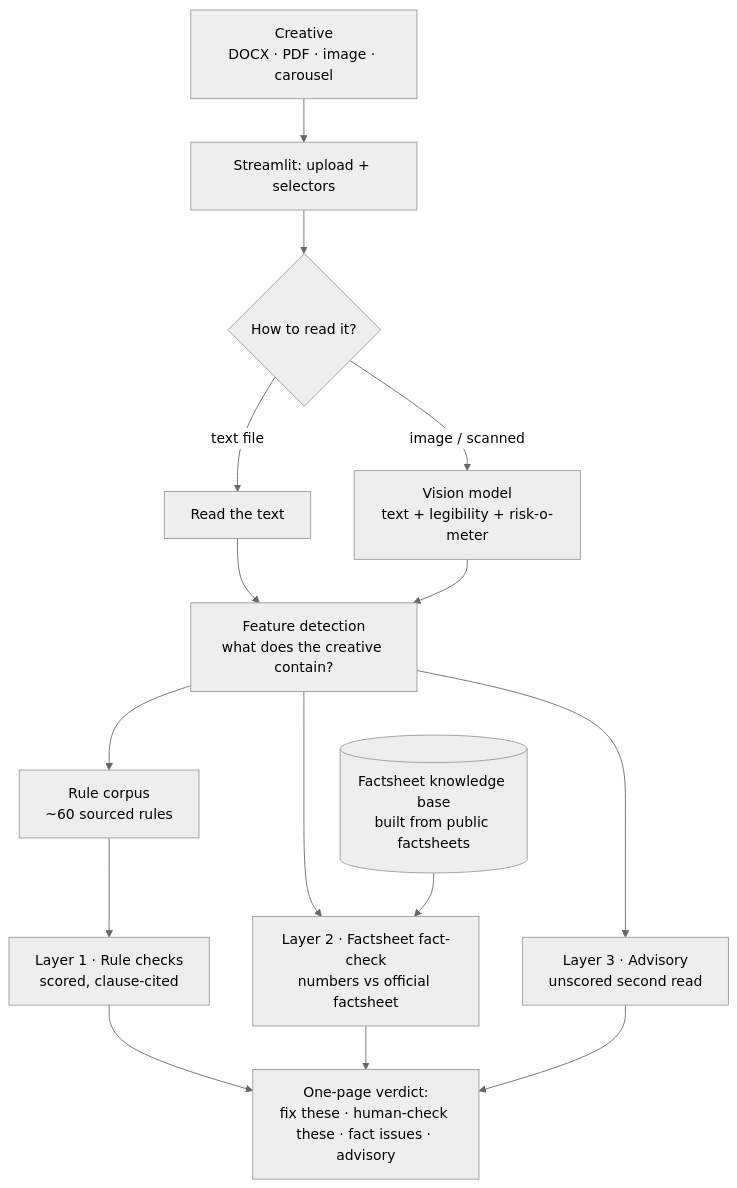
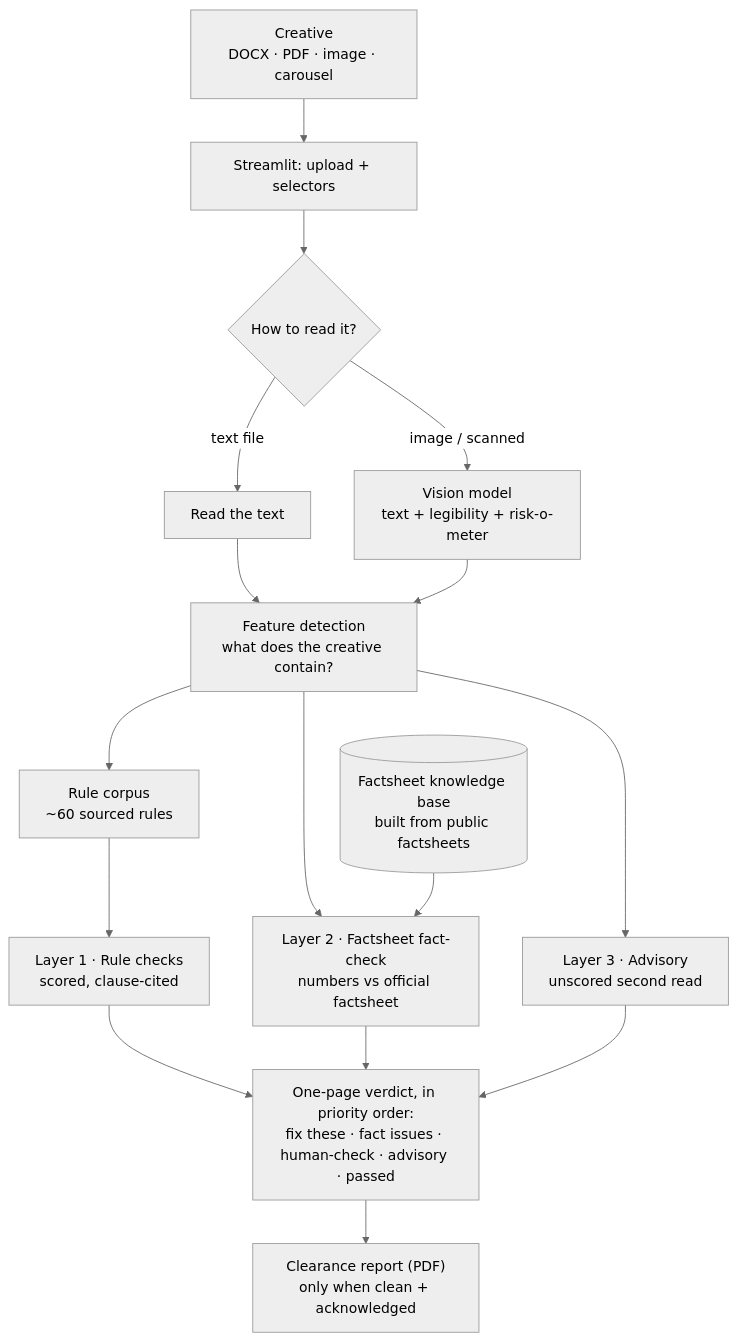
Before and after one commit to sachinj9074/SEBI-Ad-Code-Compliance-Checker: the diagram in README.md, drawn with Mermaid (neutral theme). The commit also changed other lines of this file and 3 other files, not shown here.

First line of the commit message:
README: refresh for current state (taxonomy, clearance report, priority UI)

````diff
--- a/README.md
+++ b/README.md
@@ -55,19 +61,20 @@
 ```mermaid
 flowchart TB
     A["Creative<br/>DOCX · PDF · image · carousel"] --> B["Streamlit: upload + selectors"]
     B --> C{"How to read it?"}
     C -->|"text file"| D["Read the text"]
     C -->|"image / scanned"| E["Vision model<br/>text + legibility + risk-o-meter"]
     D --> F["Feature detection<br/>what does the creative contain?"]
     E --> F
     F --> G["Rule corpus<br/>~60 sourced rules"]
 
     G --> H["Layer 1 · Rule checks<br/>scored, clause-cited"]
     F --> I["Layer 2 · Factsheet fact-check<br/>numbers vs official factsheet"]
     F --> J["Layer 3 · Advisory<br/>unscored second read"]
     K[("Factsheet knowledge base<br/>built from public factsheets")] --> I
 
-    H --> V["One-page verdict:<br/>fix these · human-check these · fact issues · advisory"]
+    H --> V["One-page verdict, in priority order:<br/>fix these · fact issues · human-check · advisory · passed"]
     I --> V
     J --> V
+    V --> R["Clearance report (PDF)<br/>only when clean + acknowledged"]
 ```
````
